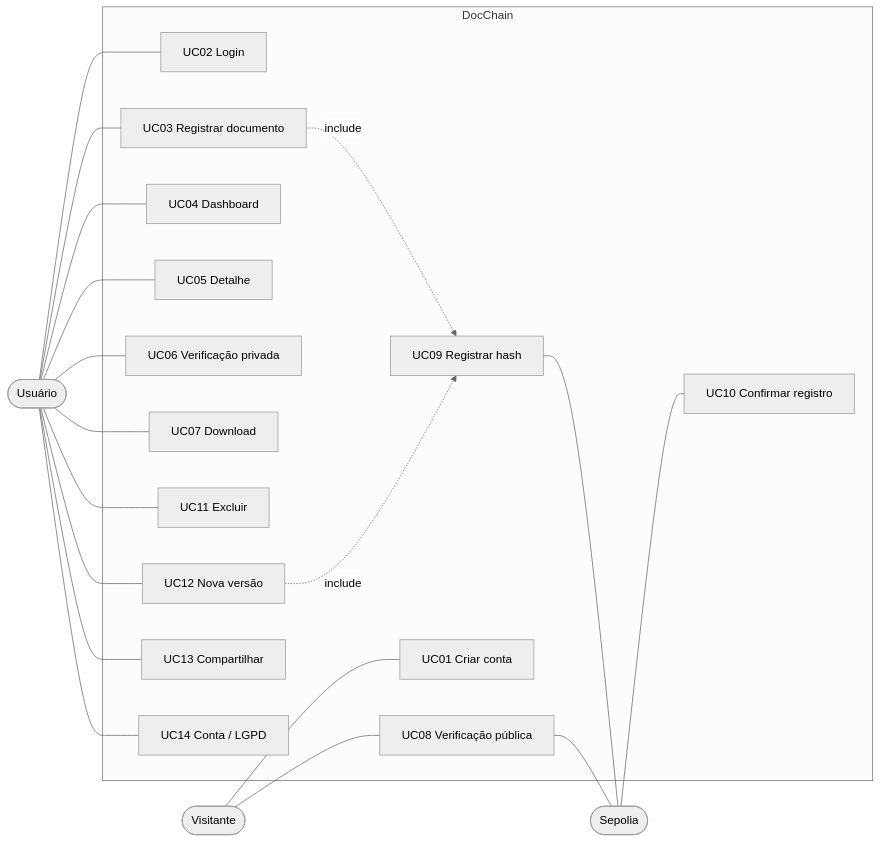
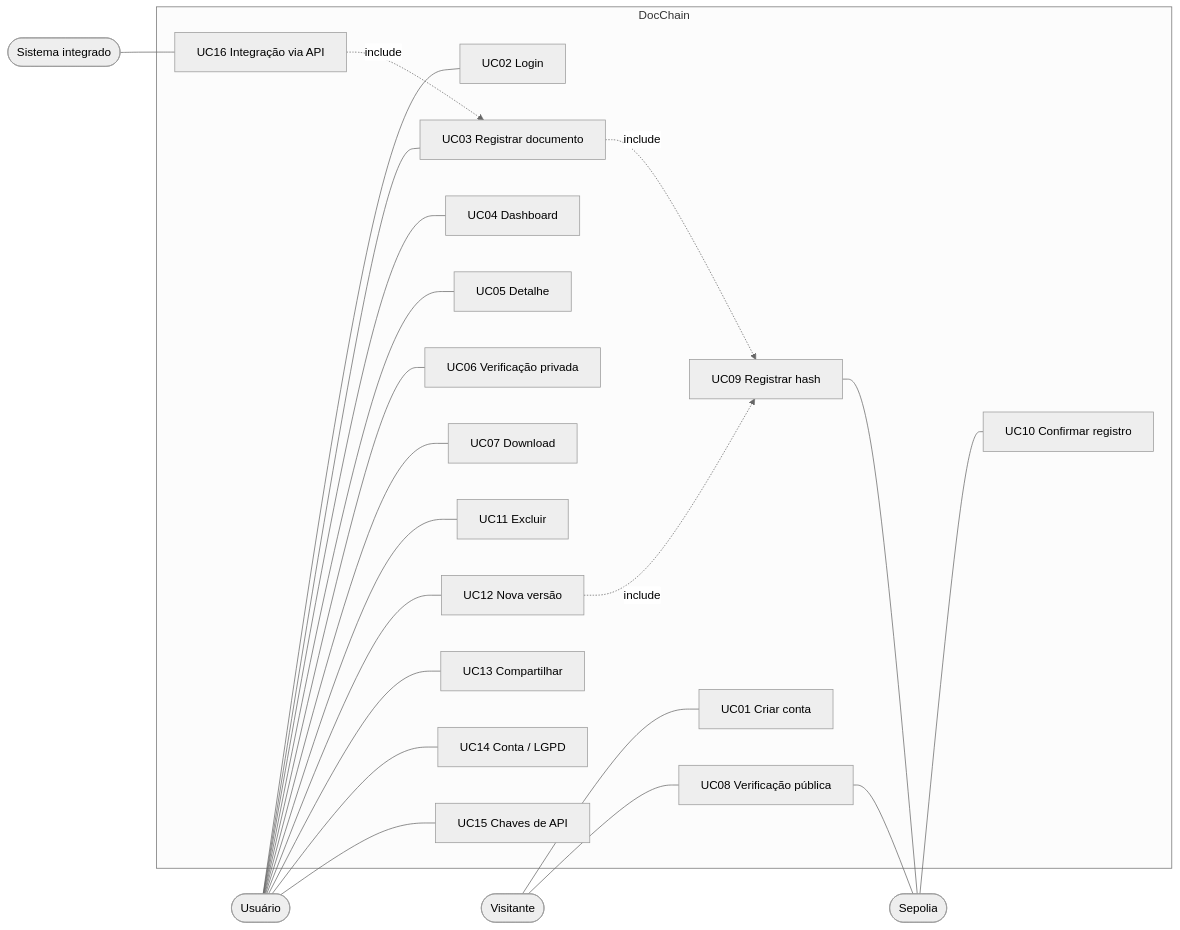
The first of 3 diagrams in docs/wiki/Casos-de-Uso.md (cursebearer/Projeto-Portifolio), drawn with Mermaid (neutral theme) before and after one commit. The commit also changed other lines of this file and 4 other files, not shown here.

Commit message:
docs: chaves de API no README, RFC 1.3, Wiki e ROADMAP

````diff
--- a/docs/wiki/Casos-de-Uso.md
+++ b/docs/wiki/Casos-de-Uso.md
@@ -30,41 +33,47 @@
 ```mermaid
 flowchart LR
     V([Visitante])
     U([Usuário])
+    S([Sistema integrado])
     B([Sepolia])
 
     subgraph DocChain
         UC01[UC01 Criar conta]
         UC02[UC02 Login]
         UC03[UC03 Registrar documento]
         UC04[UC04 Dashboard]
         UC05[UC05 Detalhe]
         UC06[UC06 Verificação privada]
         UC07[UC07 Download]
         UC08[UC08 Verificação pública]
         UC09[UC09 Registrar hash]
         UC10[UC10 Confirmar registro]
         UC11[UC11 Excluir]
         UC12[UC12 Nova versão]
         UC13[UC13 Compartilhar]
         UC14[UC14 Conta / LGPD]
+        UC15[UC15 Chaves de API]
+        UC16[UC16 Integração via API]
     end
 
     V --- UC01
     V --- UC08
     U --- UC02
     U --- UC03
     U --- UC04
     U --- UC05
     U --- UC06
     U --- UC07
     U --- UC11
     U --- UC12
     U --- UC13
     U --- UC14
+    U --- UC15
+    S --- UC16
+    UC16 -. include .-> UC03
     UC03 -. include .-> UC09
     UC12 -. include .-> UC09
     UC09 --- B
     B --- UC10
     UC08 --- B
 ```
````
